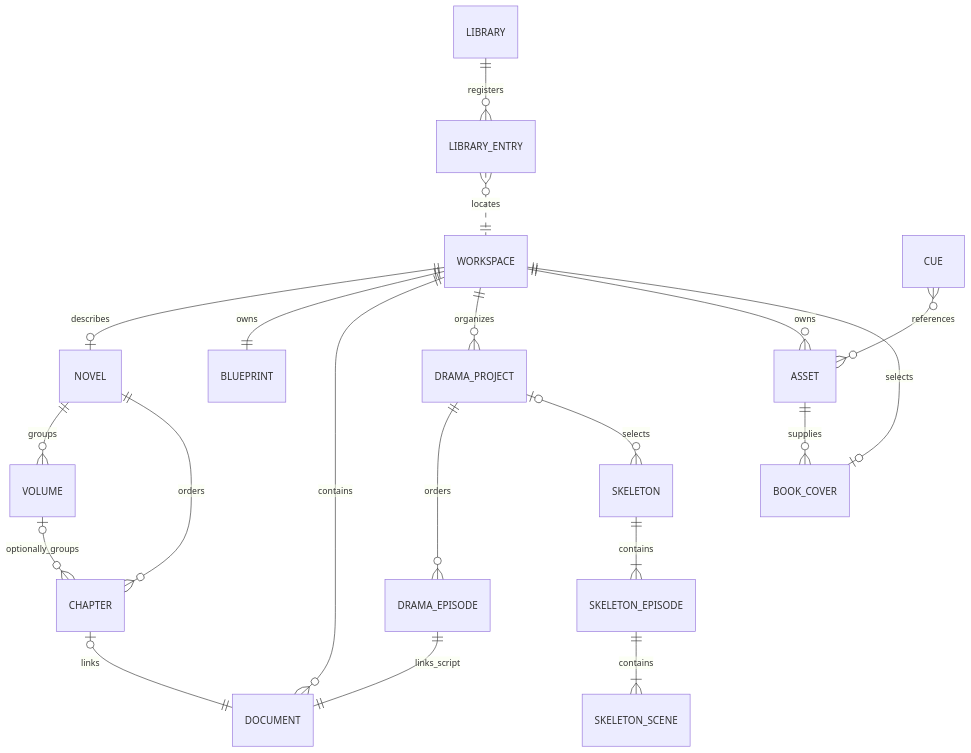
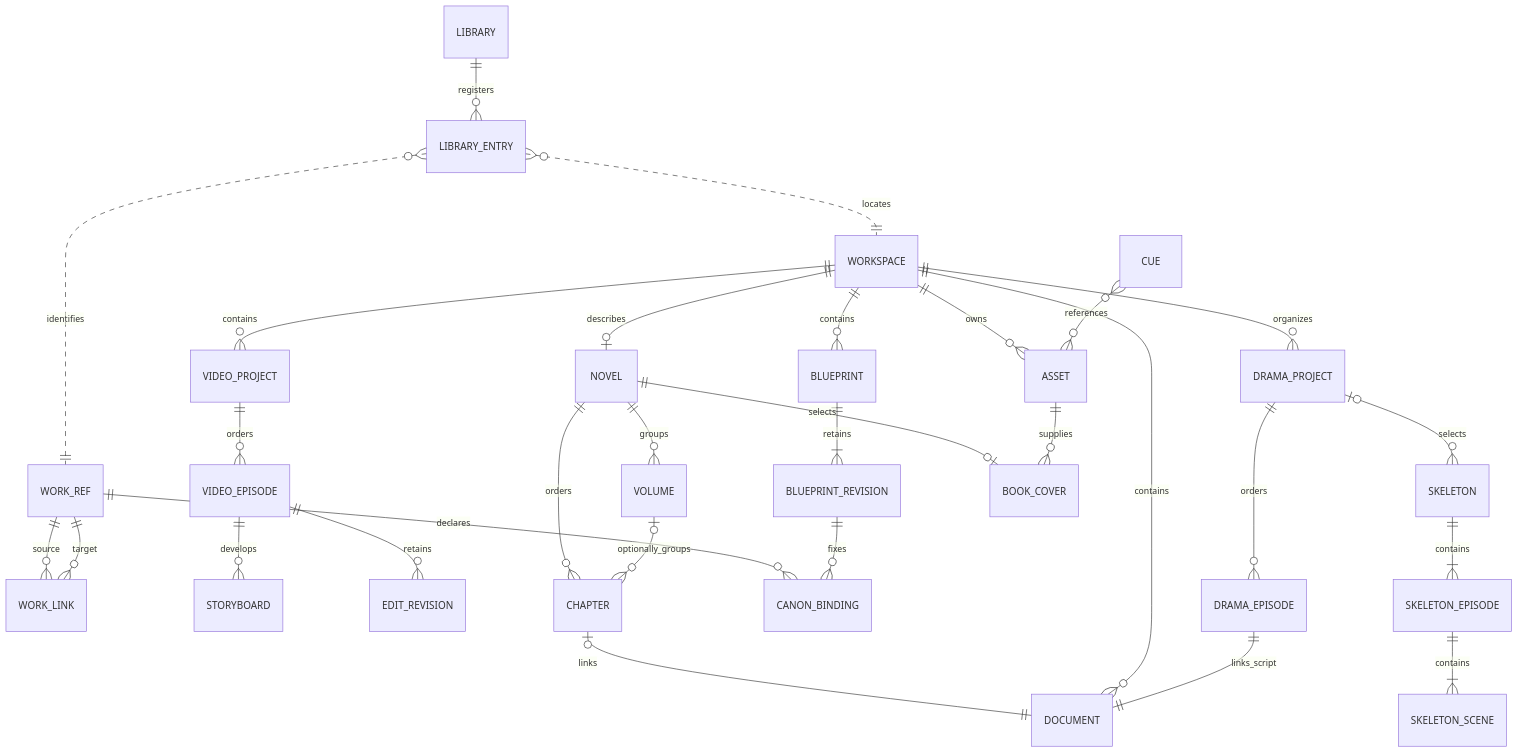
Before and after one commit to limecloud/hetu: the first of 3 diagrams in docs/29-数据字典与Schema设计.md, drawn with Mermaid. The commit also changed other lines of this file and 798 other files, not shown here.

````diff
--- a/docs/29-数据字典与Schema设计.md
+++ b/docs/29-数据字典与Schema设计.md
@@ -190,22 +190,32 @@
 ```mermaid
 erDiagram
     LIBRARY ||--o{ LIBRARY_ENTRY : registers
     LIBRARY_ENTRY }o..|| WORKSPACE : locates
+    LIBRARY_ENTRY }o..|| WORK_REF : identifies
+    WORK_REF ||--o{ WORK_LINK : source
+    WORK_REF ||--o{ WORK_LINK : target
+    WORKSPACE ||--o{ VIDEO_PROJECT : contains
+    VIDEO_PROJECT ||--o{ VIDEO_EPISODE : orders
+    VIDEO_EPISODE ||--o{ STORYBOARD : develops
+    VIDEO_EPISODE ||--o{ EDIT_REVISION : retains
     WORKSPACE ||--o| NOVEL : describes
     NOVEL ||--o{ VOLUME : groups
     NOVEL ||--o{ CHAPTER : orders
     VOLUME |o--o{ CHAPTER : optionally_groups
     CHAPTER |o--|| DOCUMENT : links
-    WORKSPACE ||--|| BLUEPRINT : owns
+    WORKSPACE ||--o{ BLUEPRINT : contains
+    BLUEPRINT ||--|{ BLUEPRINT_REVISION : retains
+    WORK_REF ||--o{ CANON_BINDING : declares
+    BLUEPRINT_REVISION ||--o{ CANON_BINDING : fixes
     WORKSPACE ||--o{ DOCUMENT : contains
     WORKSPACE ||--o{ DRAMA_PROJECT : organizes
     DRAMA_PROJECT ||--o{ DRAMA_EPISODE : orders
     DRAMA_EPISODE ||--|| DOCUMENT : links_script
     DRAMA_PROJECT |o--o{ SKELETON : selects
     SKELETON ||--|{ SKELETON_EPISODE : contains
     SKELETON_EPISODE ||--|{ SKELETON_SCENE : contains
     WORKSPACE ||--o{ ASSET : owns
-    WORKSPACE ||--o| BOOK_COVER : selects
+    NOVEL ||--o| BOOK_COVER : selects
     ASSET ||--o{ BOOK_COVER : supplies
     CUE }o--o{ ASSET : references
 ```
````
